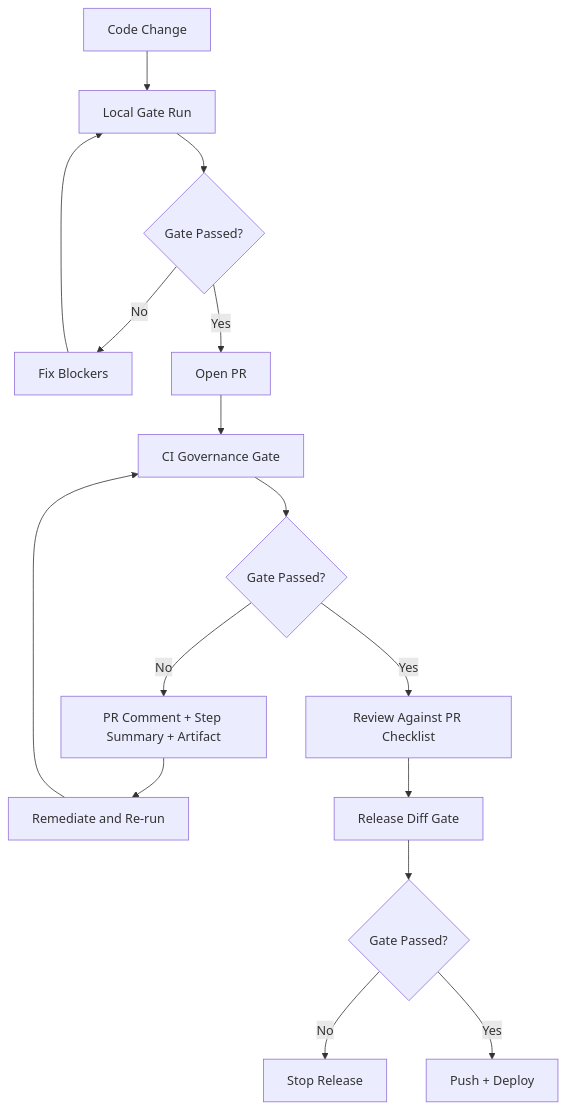
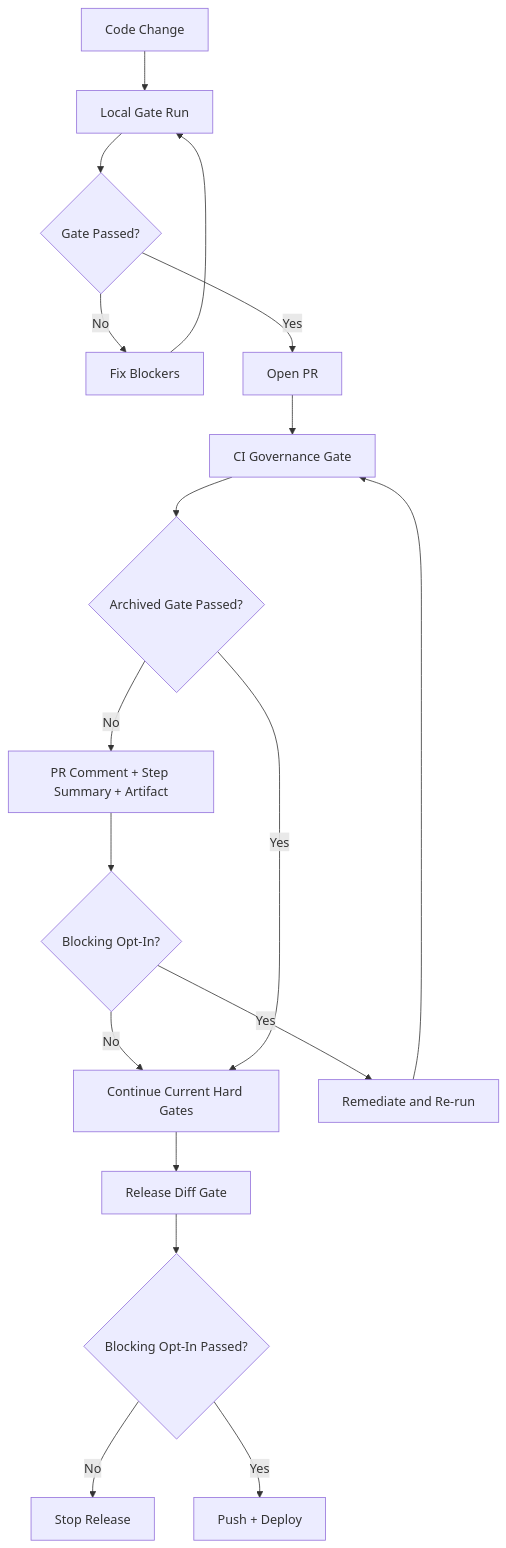
The diagram in docs/AIRIVO_GOVERNANCE_ONE_PAGE_FLOW.md (alveypro/v49), drawn with Mermaid before and after one commit. The commit also changed other lines of this file and 11 other files, not shown here.

````diff
--- a/docs/AIRIVO_GOVERNANCE_ONE_PAGE_FLOW.md
+++ b/docs/AIRIVO_GOVERNANCE_ONE_PAGE_FLOW.md
@@ -12,18 +14,20 @@
 ```mermaid
 flowchart TD
     A[Code Change] --> B[Local Gate Run]
     B --> C{Gate Passed?}
     C -- No --> D[Fix Blockers]
     D --> B
     C -- Yes --> E[Open PR]
     E --> F[CI Governance Gate]
-    F --> G{Gate Passed?}
+    F --> G{Archived Gate Passed?}
     G -- No --> H[PR Comment + Step Summary + Artifact]
-    H --> I[Remediate and Re-run]
-    I --> F
-    G -- Yes --> J[Review Against PR Checklist]
-    J --> K[Release Diff Gate]
-    K --> L{Gate Passed?}
-    L -- No --> M[Stop Release]
-    L -- Yes --> N[Push + Deploy]
+    H --> I{Blocking Opt-In?}
+    I -- No --> J[Continue Current Hard Gates]
+    I -- Yes --> K[Remediate and Re-run]
+    K --> F
+    G -- Yes --> J
+    J --> L[Release Diff Gate]
+    L --> M{Blocking Opt-In Passed?}
+    M -- No --> N[Stop Release]
+    M -- Yes --> O[Push + Deploy]
 ```
````
